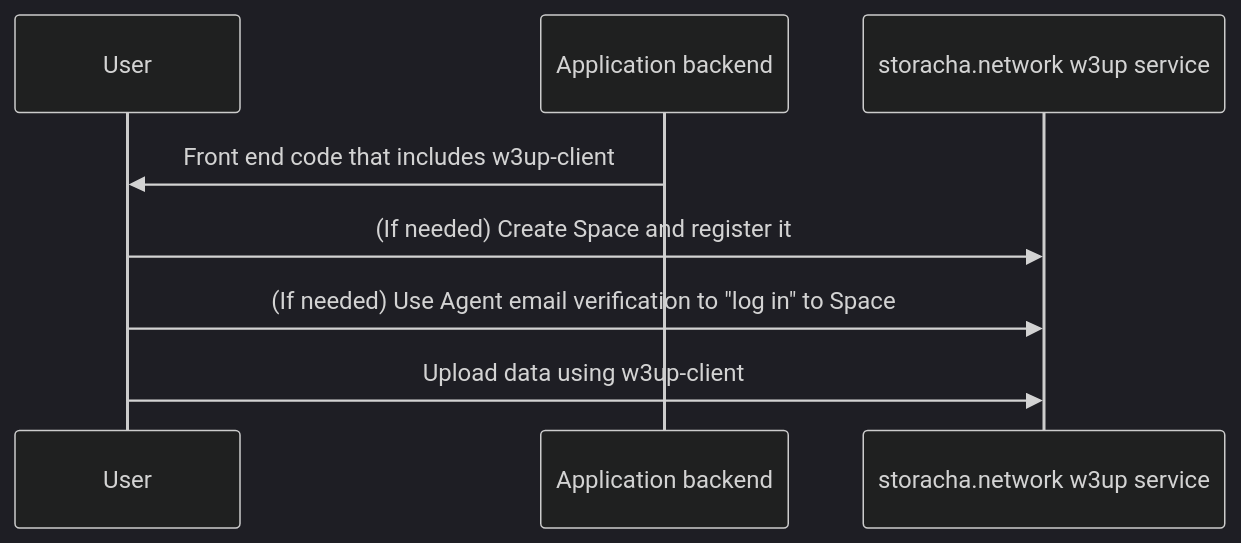
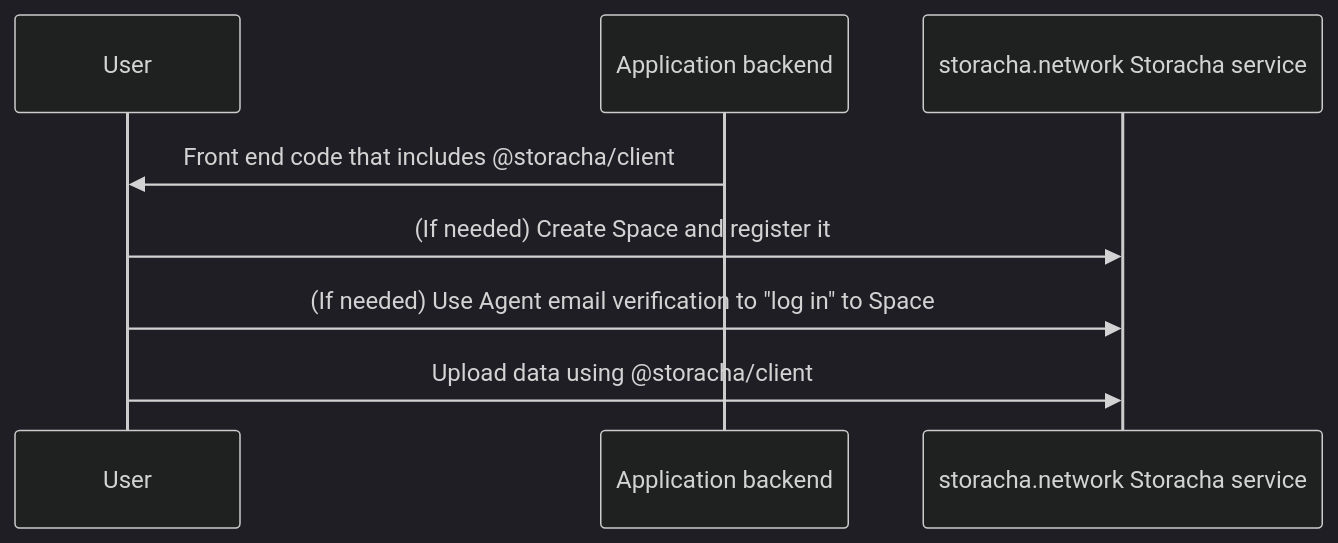
One commit to storacha/w3up changed the fifth of 5 diagrams in packages/w3up-client/README.md. Above: the diagram before and after it, drawn with Mermaid (dark theme). The commit also changed other lines of this file and 26 other files, not shown here.

````diff
--- a/packages/w3up-client/README.md
+++ b/packages/w3up-client/README.md
@@ -374,10 +381,10 @@
 ```mermaid
 sequenceDiagram
     participant User
     participant Application backend
-    participant storacha.network w3up service
-    Application backend->>User: Front end code that includes w3up-client
-    User->>storacha.network w3up service: (If needed) Create Space and register it
-    User->>storacha.network w3up service: (If needed) Use Agent email verification to "log in" to Space
-    User->>storacha.network w3up service: Upload data using w3up-client
+    participant storacha.network Storacha service
+    Application backend->>User: Front end code that includes @storacha/client
+    User->>storacha.network Storacha service: (If needed) Create Space and register it
+    User->>storacha.network Storacha service: (If needed) Use Agent email verification to "log in" to Space
+    User->>storacha.network Storacha service: Upload data using @storacha/client
 ```
````
